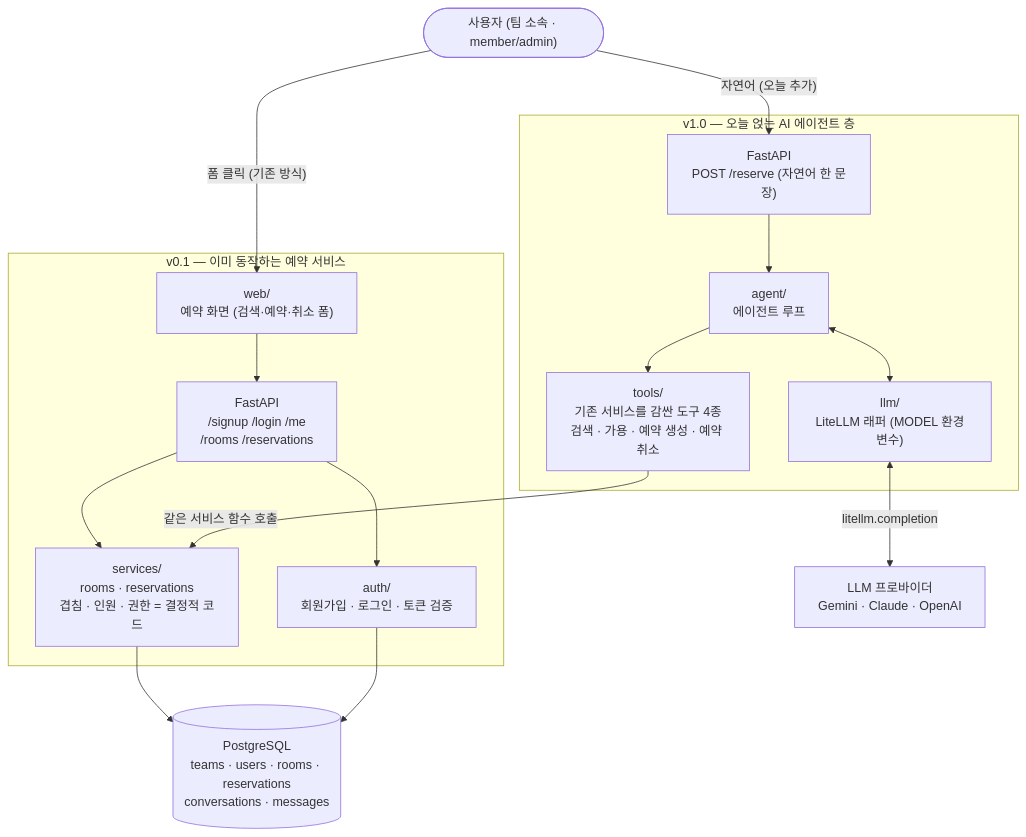
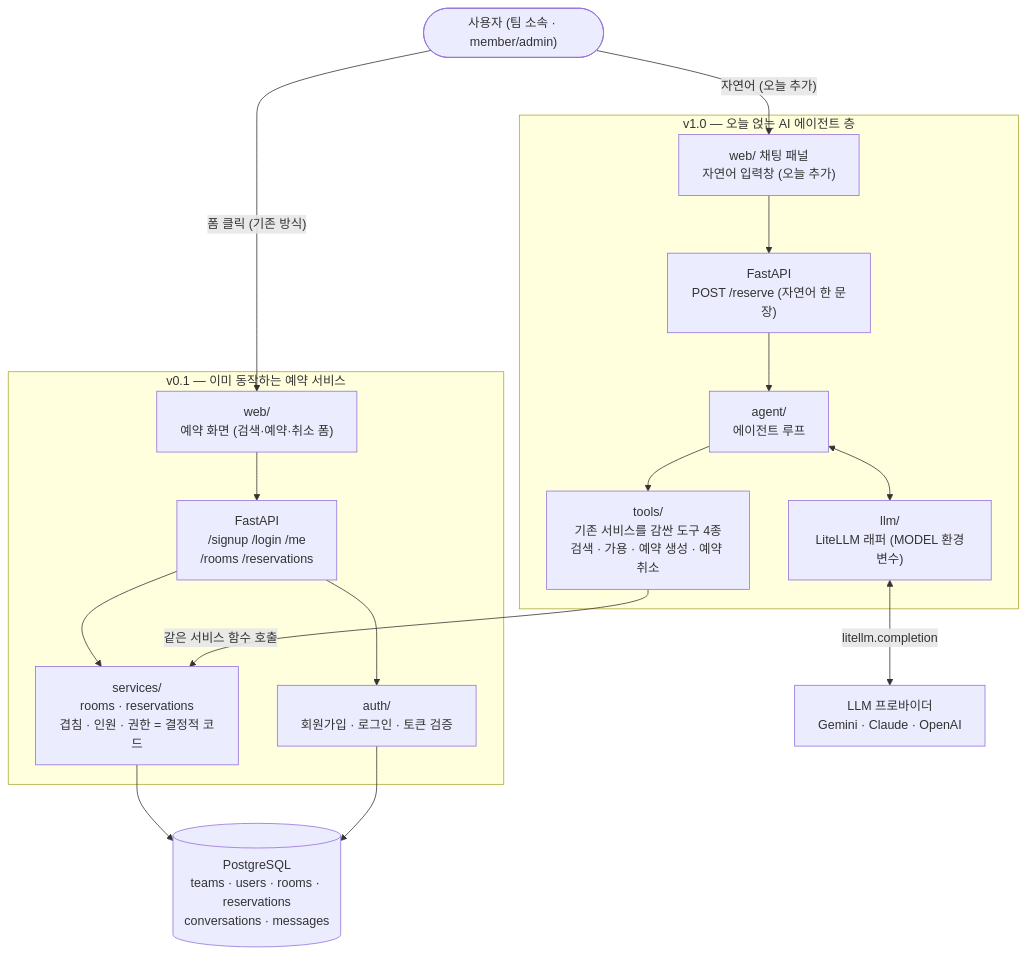
The second of 10 diagrams in site/src/content/courses/ko/session-02.mdx (2026-ai-service-engineering-a/ai_service_engineering-track_a), drawn with Mermaid before and after one commit. The commit also changed other lines of this file, not shown here.

Commit message:
Document the natural-language chat UI in session-02 v1.0
The v1.0 agent exposed POST /reserve but the course never described a
browser entry point for it, and web/index.html had none. Fold the chat
panel into the existing v1.0 narrative:

- 2-2 system diagram: add a web chat panel node; route the natural-language
  path through it (U -> chat panel -> /reserve) instead of straight to the API
- 8-2 v1.0 end state: note the web chat panel (conversation_id continuity,
  timeline auto-refresh) built on a 4th feature branch (feature/chat-ui);
  bump the merged-PR count to 4 (3 agent rounds + chat UI)

Keeps the 3-round teaching structure intact.

````diff
--- a/site/src/content/courses/ko/session-02.mdx
+++ b/site/src/content/courses/ko/session-02.mdx
@@ -159,31 +159,33 @@
 ```mermaid
 flowchart TB
     U(["사용자 (팀 소속 · member/admin)"])
 
     subgraph existing["v0.1 — 이미 동작하는 예약 서비스"]
         WEBUI["web/<br/>예약 화면 (검색·예약·취소 폼)"]
         API["FastAPI<br/>/signup /login /me<br/>/rooms /reservations"]
         AUTH["auth/<br/>회원가입 · 로그인 · 토큰 검증"]
         SVC["services/<br/>rooms · reservations<br/>겹침 · 인원 · 권한 = 결정적 코드"]
         WEBUI --> API
         API --> AUTH
         API --> SVC
     end
 
     subgraph added["v1.0 — 오늘 얹는 AI 에이전트 층"]
+        CHAT["web/ 채팅 패널<br/>자연어 입력창 (오늘 추가)"]
         API2["FastAPI<br/>POST /reserve (자연어 한 문장)"]
         AG["agent/<br/>에이전트 루프"]
         LLM["llm/<br/>LiteLLM 래퍼 (MODEL 환경변수)"]
         TOOLS["tools/<br/>기존 서비스를 감싼 도구 4종<br/>검색 · 가용 · 예약 생성 · 예약 취소"]
+        CHAT --> API2
         API2 --> AG
         AG <--> LLM
         AG --> TOOLS
     end
 
     U -->|"폼 클릭 (기존 방식)"| WEBUI
-    U -->|"자연어 (오늘 추가)"| API2
+    U -->|"자연어 (오늘 추가)"| CHAT
     TOOLS -->|"같은 서비스 함수 호출"| SVC
     SVC --> PG[("PostgreSQL<br/>teams · users · rooms · reservations<br/>conversations · messages")]
     AUTH --> PG
     LLM <-->|litellm.completion| G["LLM 프로바이더<br/>Gemini · Claude · OpenAI"]
 ```
````
